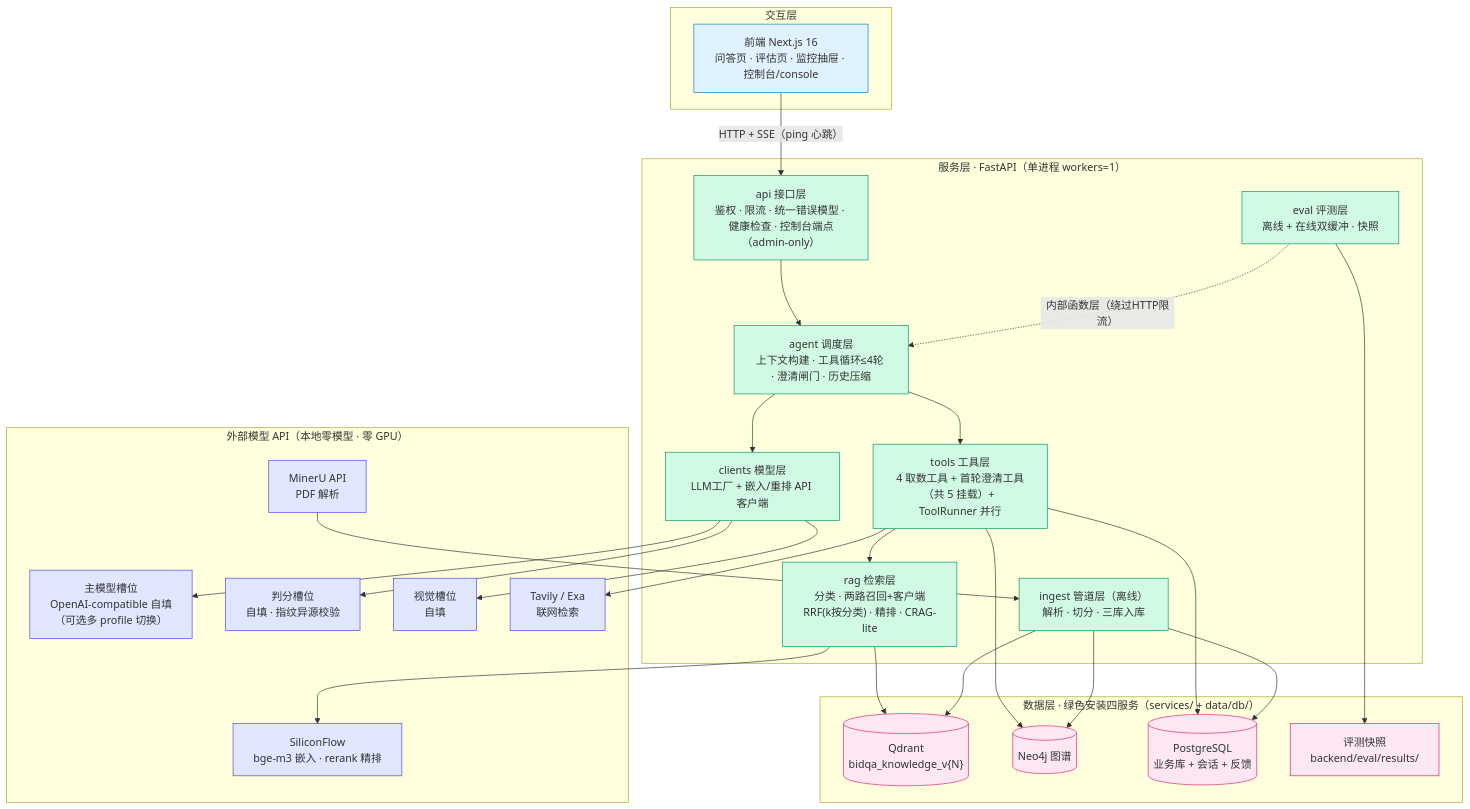
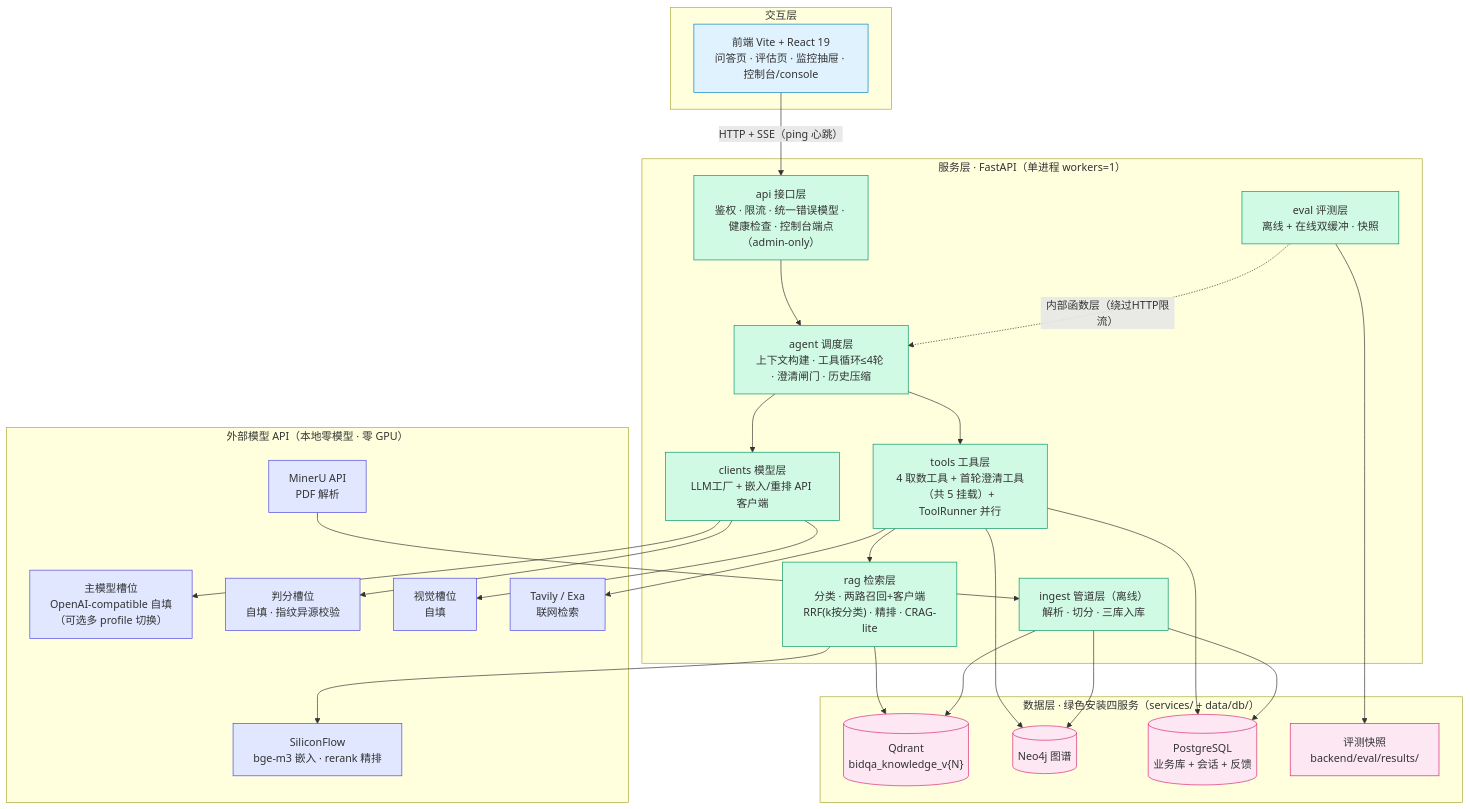
Before and after one commit to moonqianqiu/bidding-qa-system: the first of 4 diagrams in docs/04_项目结构流程图.md, drawn with Mermaid. The commit also changed other lines of this file and 23 other files, not shown here.

Commit message:
feat(ui): 前端迁移 Vite + React 19（5 路由/router/proxy/Tailwind4，功能零变化）

````diff
--- a/docs/04_项目结构流程图.md
+++ b/docs/04_项目结构流程图.md
@@ -15,61 +15,61 @@
 ```mermaid
 flowchart TB
   subgraph FE["交互层"]
-    FE1["前端 Next.js 16<br/>问答页 · 评估页 · 监控抽屉 · 控制台/console"]
+    FE1["前端 Vite + React 19<br/>问答页 · 评估页 · 监控抽屉 · 控制台/console"]
   end
 
   subgraph SVC["服务层 · FastAPI（单进程 workers=1）"]
     API["api 接口层<br/>鉴权 · 限流 · 统一错误模型 · 健康检查 · 控制台端点（admin-only）"]
     AG["agent 调度层<br/>上下文构建 · 工具循环≤4轮 · 澄清闸门 · 历史压缩"]
     TL["tools 工具层<br/>4 取数工具 + 首轮澄清工具（共 5 挂载）+ ToolRunner 并行"]
     RAG["rag 检索层<br/>分类 · 两路召回+客户端RRF(k按分类) · 精排 · CRAG-lite"]
     EV["eval 评测层<br/>离线 + 在线双缓冲 · 快照"]
     CL["clients 模型层<br/>LLM工厂 + 嵌入/重排 API 客户端"]
     ING["ingest 管道层（离线）<br/>解析 · 切分 · 三库入库"]
   end
 
   subgraph DATA["数据层 · 绿色安装四服务（services/ + data/db/）"]
     QD[("Qdrant<br/>bidqa_knowledge_v{N}")]
     NEO[("Neo4j 图谱")]
     PG[("PostgreSQL<br/>业务库 + 会话 + 反馈")]
     SN["评测快照<br/>backend/eval/results/"]
   end
 
   subgraph EXT["外部模型 API（本地零模型 · 零 GPU）"]
     DS["主模型槽位<br/>OpenAI-compatible 自填<br/>（可选多 profile 切换）"]
     GLM["判分槽位<br/>自填 · 指纹异源校验"]
     VIS["视觉槽位<br/>自填"]
     SF["SiliconFlow<br/>bge-m3 嵌入 · rerank 精排"]
     MU["MinerU API<br/>PDF 解析"]
     WEB["Tavily / Exa<br/>联网检索"]
   end
 
   FE1 -->|"HTTP + SSE（ping 心跳）"| API
   API --> AG
   AG --> TL
   AG --> CL
   TL --> RAG
   TL --> NEO
   TL --> PG
   TL --> WEB
   RAG --> QD
   RAG --> SF
   CL --> DS
   CL --> GLM
   CL --> VIS
   EV -.->|"内部函数层（绕过HTTP限流）"| AG
   EV --> SN
   ING --> QD
   ING --> NEO
   ING --> PG
   MU --> ING
 
   classDef fe fill:#e0f2fe,stroke:#0284c7;
   classDef svc fill:#d1fae5,stroke:#059669;
   classDef data fill:#fce7f3,stroke:#db2777;
   classDef ext fill:#e0e7ff,stroke:#4f46e5;
   class FE1 fe;
   class API,AG,TL,RAG,EV,CL,ING svc;
   class QD,NEO,PG,SN data;
   class DS,GLM,VIS,SF,MU,WEB ext;
 ```
````
